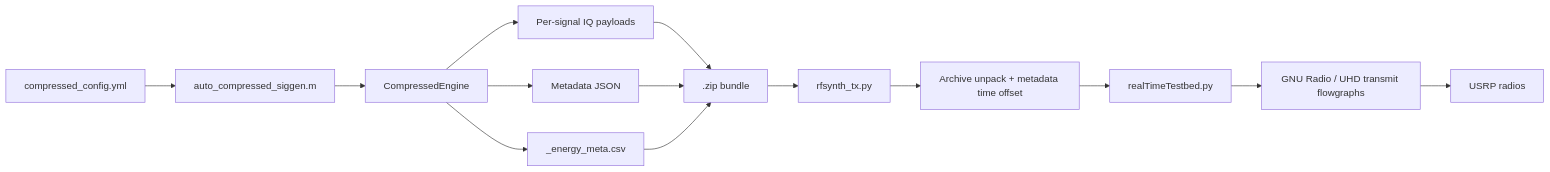
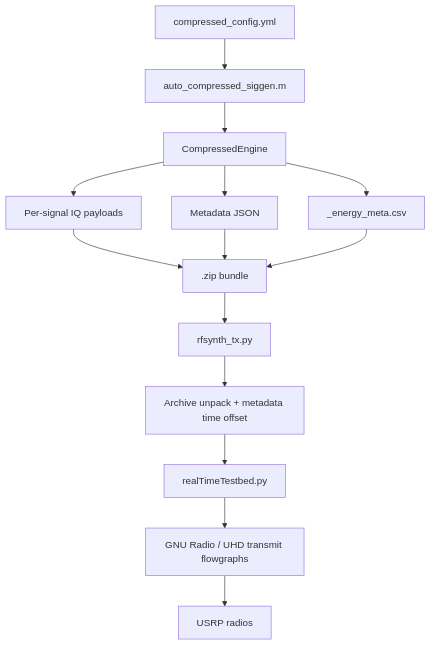
Before and after one commit to ucsdwcsng/rfsynth: the third of 4 diagrams in README.md, drawn with Mermaid. The commit also changed other lines of this file and 37 other files, not shown here.

Commit message:
Document Python-native runtime flow

````diff
--- a/README.md
+++ b/README.md
@@ -238,16 +231,16 @@
 ```mermaid
-flowchart LR
+flowchart TD
     A["compressed_config.yml"] --> B["auto_compressed_siggen.m"]
     B --> C["CompressedEngine"]
     C --> D["Per-signal IQ payloads"]
     C --> E["Metadata JSON"]
     C --> F["_energy_meta.csv"]
     D --> G[".zip bundle"]
     E --> G
     F --> G
     G --> H["rfsynth_tx.py"]
     H --> I["Archive unpack + metadata time offset"]
     I --> J["realTimeTestbed.py"]
     J --> K["GNU Radio / UHD transmit flowgraphs"]
     K --> L["USRP radios"]
 ```
````
